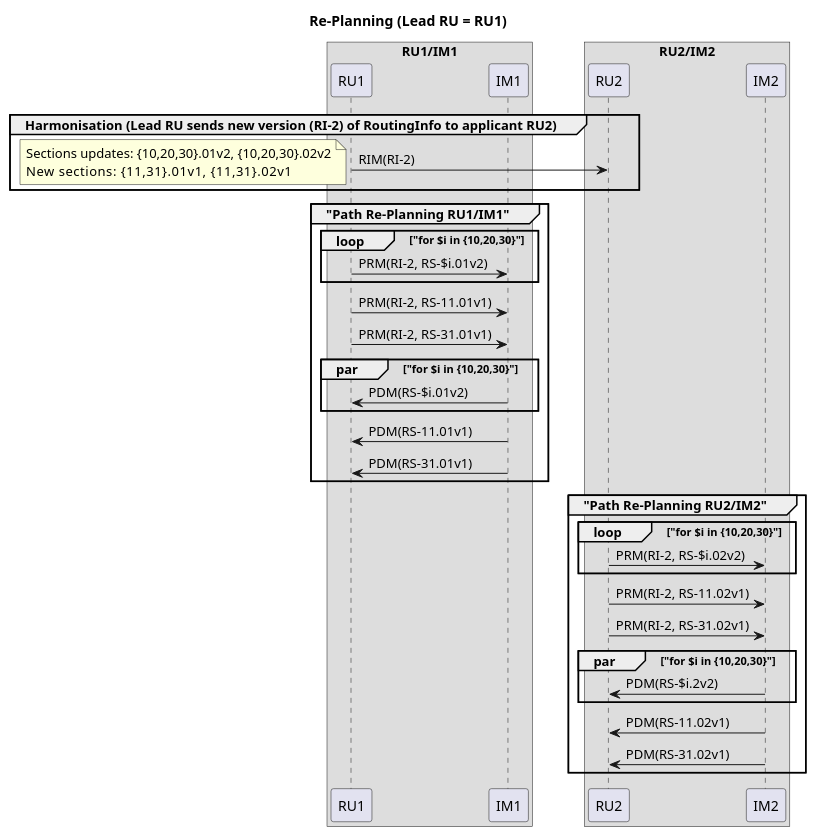
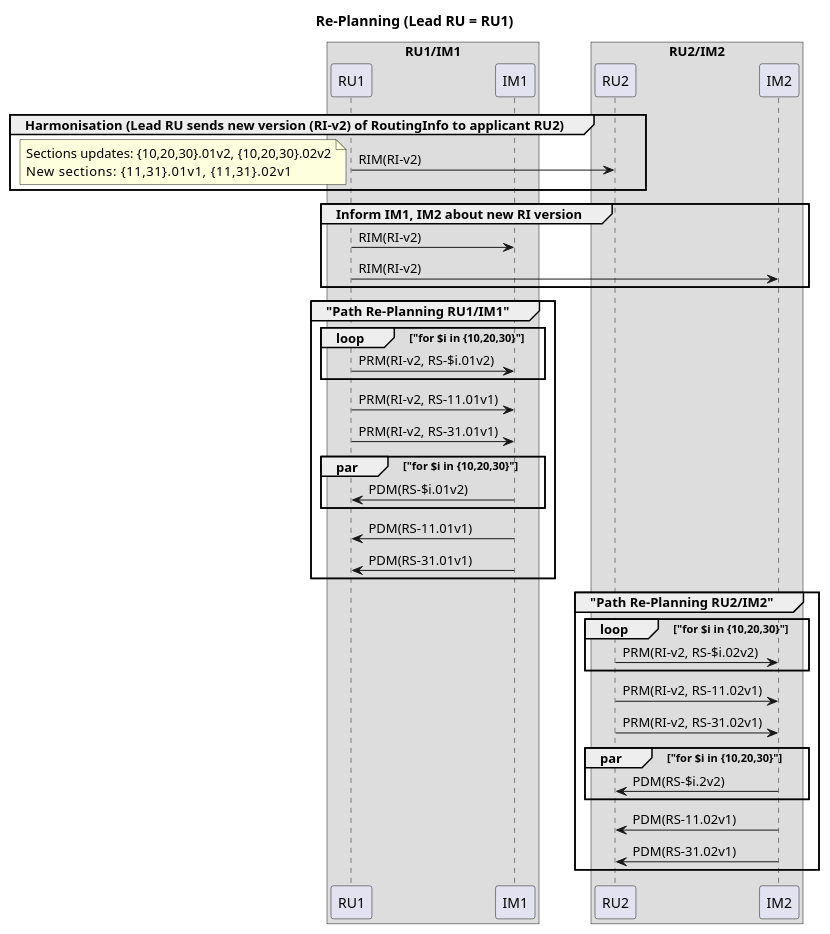
The diagram in docs/uml/rp-20-route-update.puml (monora/tom), drawn with PlantUML before and after one commit. The commit also changed 26 other files, not shown here.

```diff
--- a/docs/uml/rp-20-route-update.puml
+++ b/docs/uml/rp-20-route-update.puml
@@ -1,43 +1,47 @@
 title Re-Planning (Lead RU = RU1)
 skinparam BoxPadding 25
 
 box "RU1/IM1"
 participant RU1 order 10
 participant IM1 order 20
 end box
 box "RU2/IM2"
 participant RU2 order 40
 participant IM2 order 50
 end box
 
-group Harmonisation (Lead RU sends new version (RI-2) of RoutingInfo to applicant RU2)
-    RU1 -> RU2: RIM(RI-2)
+group Harmonisation (Lead RU sends new version (RI-v2) of RoutingInfo to applicant RU2)
+    RU1 -> RU2: RIM(RI-v2)
     note left
         Sections updates: {10,20,30}.01v2, {10,20,30}.02v2
         New       sections: {11,31}.01v1, {11,31}.02v1
     end note
 end
+group Inform IM1, IM2 about new RI version
+    RU1 -> IM1: RIM(RI-v2)
+    RU1 -> IM2: RIM(RI-v2)
+end
 group "Path Re-Planning RU1/IM1"
     loop "for $i in {10,20,30}"
-        RU1 -> IM1: PRM(RI-2, RS-$i.01v2)
+        RU1 -> IM1: PRM(RI-v2, RS-$i.01v2)
     end
-    RU1 -> IM1: PRM(RI-2, RS-11.01v1)
-    RU1 -> IM1: PRM(RI-2, RS-31.01v1)
+    RU1 -> IM1: PRM(RI-v2, RS-11.01v1)
+    RU1 -> IM1: PRM(RI-v2, RS-31.01v1)
     par "for $i in {10,20,30}"
         IM1 -> RU1: PDM(RS-$i.01v2)
     end
     IM1 -> RU1: PDM(RS-11.01v1)
     IM1 -> RU1: PDM(RS-31.01v1)
 end
 group "Path Re-Planning RU2/IM2"
     loop "for $i in {10,20,30}"
-        RU2 -> IM2: PRM(RI-2, RS-$i.02v2)
+        RU2 -> IM2: PRM(RI-v2, RS-$i.02v2)
     end
-    RU2 -> IM2: PRM(RI-2, RS-11.02v1)
-    RU2 -> IM2: PRM(RI-2, RS-31.02v1)
+    RU2 -> IM2: PRM(RI-v2, RS-11.02v1)
+    RU2 -> IM2: PRM(RI-v2, RS-31.02v1)
     par "for $i in {10,20,30}"
         IM2 -> RU2: PDM(RS-$i.2v2)
     end
     IM2 -> RU2: PDM(RS-11.02v1)
     IM2 -> RU2: PDM(RS-31.02v1)
 end
```
